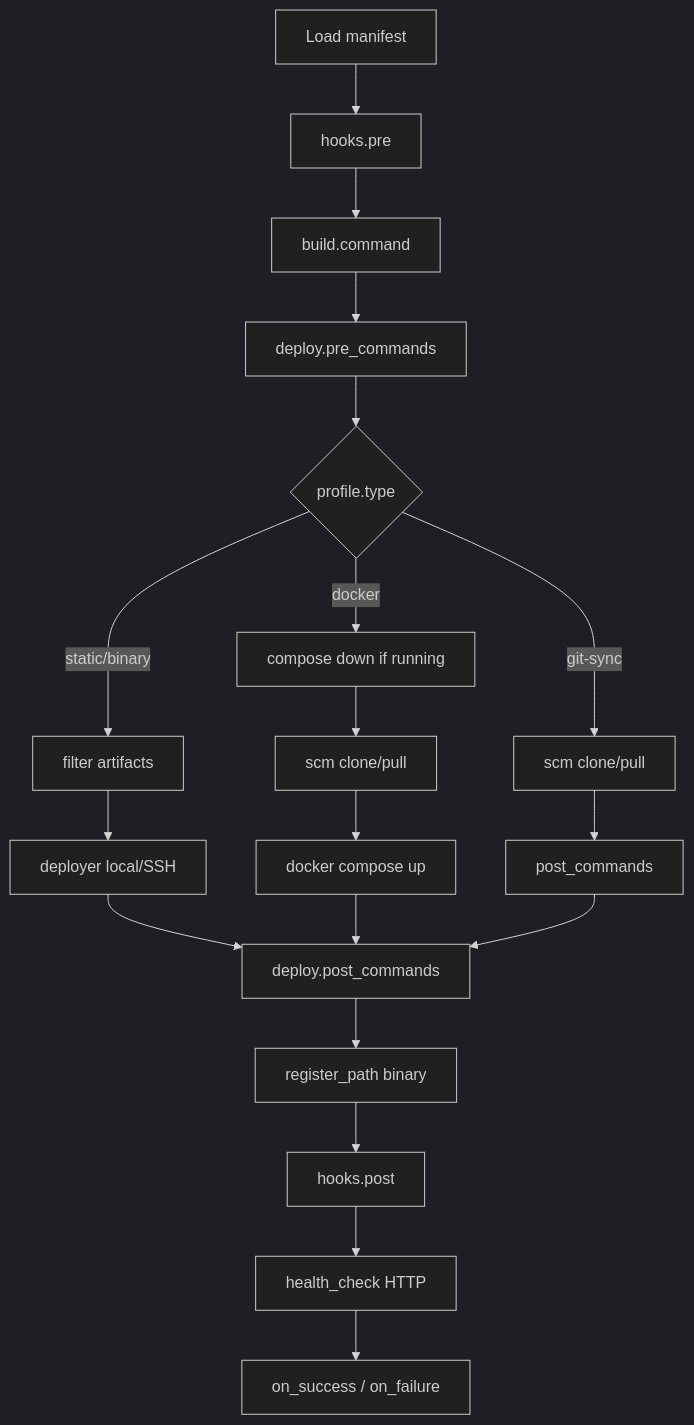
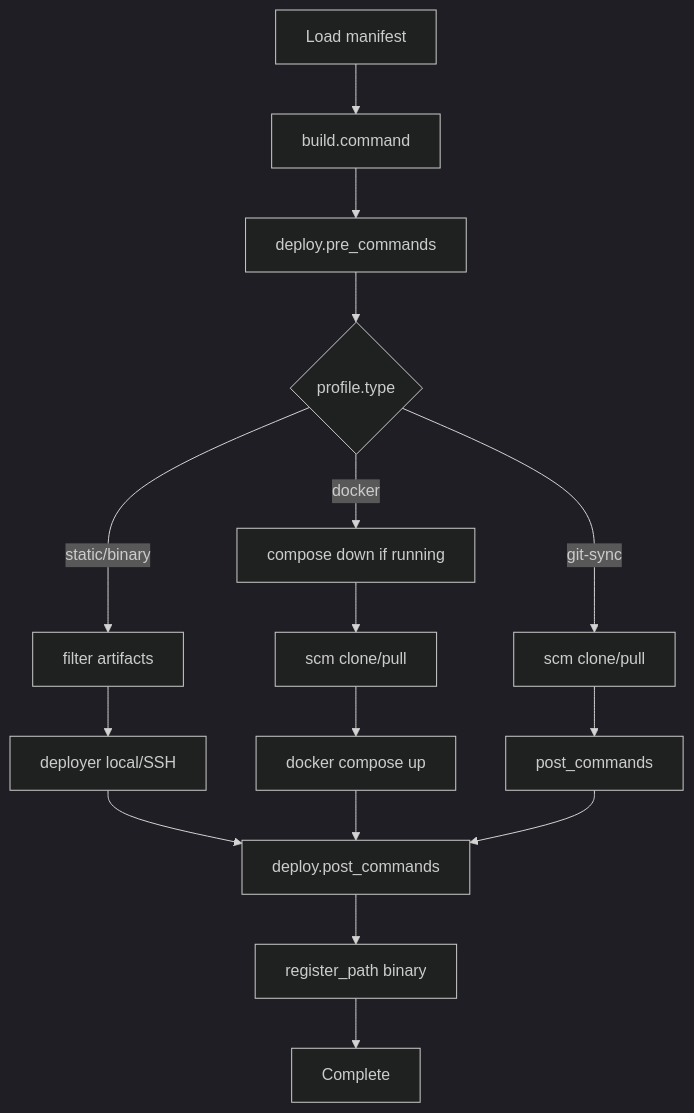
One commit to Septillioner/pablo changed the second of 2 diagrams in docs/development/architecture.md. Above: the diagram before and after it, drawn with Mermaid (dark theme). The commit also changed other lines of this file and 153 other files, not shown here.

````diff
--- a/docs/development/architecture.md
+++ b/docs/development/architecture.md
@@ -75,21 +73,18 @@
 ```mermaid
 flowchart TD
-    load[Load manifest] --> preHook[hooks.pre]
-    preHook --> build[build.command]
+    load[Load manifest] --> build[build.command]
     build --> preCmd[deploy.pre_commands]
     preCmd --> typeSwitch{profile.type}
     typeSwitch -->|static/binary| filter[filter artifacts]
     filter --> deploy[deployer local/SSH]
     typeSwitch -->|docker| composePrecheck[compose down if running]
     composePrecheck --> gitClone[scm clone/pull]
     gitClone --> compose[docker compose up]
     typeSwitch -->|git-sync| gitPull[scm clone/pull]
     gitPull --> postCmdStart[post_commands]
     deploy --> postCmd[deploy.post_commands]
     compose --> postCmd
     postCmdStart --> postCmd
     postCmd --> pathReg[register_path binary]
-    pathReg --> postHook[hooks.post]
-    postHook --> health[health_check HTTP]
-    health --> done[on_success / on_failure]
+    pathReg --> done[Complete]
 ```
````
